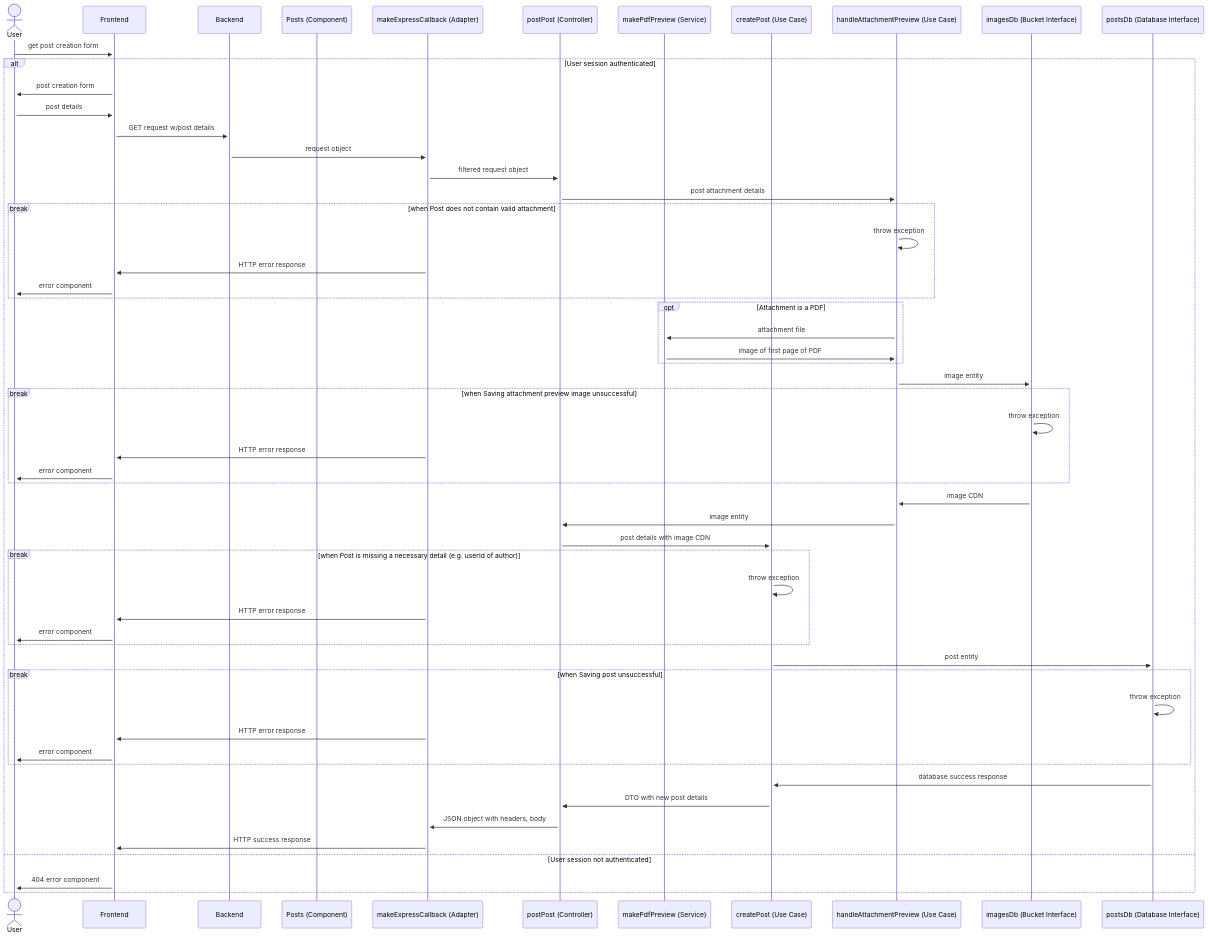
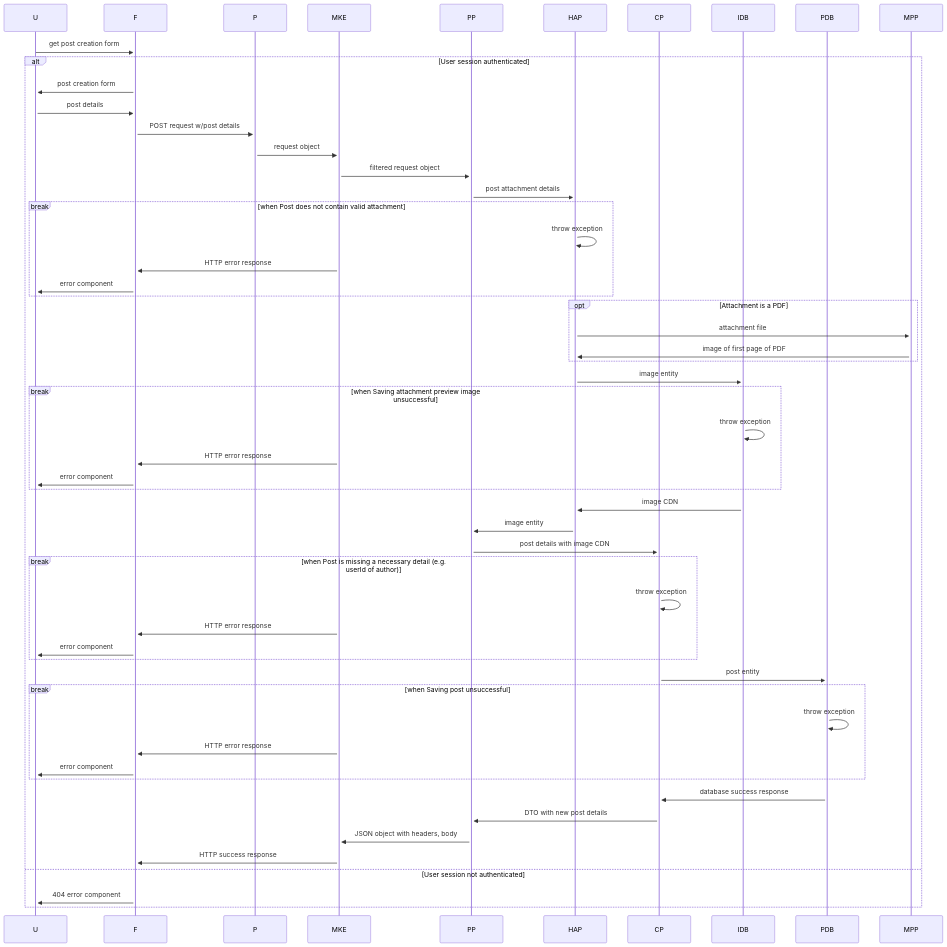
One commit to maryamkhan14/cv-circle changed the diagram in DOCUMENTATION.md. Above: the diagram before and after it, drawn with Mermaid. The commit also changed other lines of this file, not shown here.

Commit message:
Added abbreviations to make sequence diagram more readable and fixed small errors in diagram

````diff
--- a/DOCUMENTATION.md
+++ b/DOCUMENTATION.md
@@ -11,60 +26,59 @@
 ```mermaid
 sequenceDiagram
-    actor User
-    participant Frontend
-    participant Backend
-    participant Posts (Component)
-    participant makeExpressCallback (Adapter)
-    participant postPost (Controller)
-    participant makePdfPreview (Service)
-    participant createPost (Use Case)
-    participant handleAttachmentPreview (Use Case)
-    participant imagesDb (Bucket Interface)
-    participant postsDb (Database Interface)
-    User->>+Frontend: get post creation form
+    participant U
+    participant F
+    participant P
+    participant MKE
+    participant PP
+    participant HAP
+    participant CP
+    participant IDB
+    participant PDB
+    participant MPP
+    U->>+F: get post creation form
     alt User session authenticated
-        Frontend->>+User: post creation form
-        User->>Frontend: post details
-        Frontend->>+Backend: GET request w/post details
-        Backend->>+makeExpressCallback (Adapter): request object
-        makeExpressCallback (Adapter)->>+postPost (Controller): filtered request object
-        postPost (Controller)->>+handleAttachmentPreview (Use Case): post attachment details
+        F->>+U: post creation form
+        U->>F: post details
+        F->>+P: POST request w/post details
+        P->>+MKE: request object
+        MKE->>+PP: filtered request object
+        PP->>+HAP: post attachment details
 
         break when Post does not contain valid attachment
-            handleAttachmentPreview (Use Case)->>handleAttachmentPreview (Use Case): throw exception
-            makeExpressCallback (Adapter)->>Frontend: HTTP error response
-            Frontend->>User: error component
+            HAP->>HAP: throw exception
+            MKE->>F: HTTP error response
+            F->>U: error component
         end
         opt Attachment is a PDF
-            handleAttachmentPreview (Use Case)->>+makePdfPreview (Service): attachment file
-            makePdfPreview (Service)->>handleAttachmentPreview (Use Case): image of first page of PDF
+            HAP->>+MPP: attachment file
+            MPP->>HAP: image of first page of PDF
         end
-        handleAttachmentPreview (Use Case)->>+imagesDb (Bucket Interface): image entity
+        HAP->>+IDB: image entity
         break when Saving attachment preview image unsuccessful
-            imagesDb (Bucket Interface)->>imagesDb (Bucket Interface): throw exception
-            makeExpressCallback (Adapter)->>Frontend: HTTP error response
-            Frontend->>User: error component
+            IDB->>IDB: throw exception
+            MKE->>F: HTTP error response
+            F->>U: error component
         end
-        imagesDb (Bucket Interface)->>handleAttachmentPreview (Use Case): image CDN
-        handleAttachmentPreview (Use Case)->>postPost (Controller): image entity
-        postPost (Controller)->>+createPost (Use Case): post details with image CDN
+        IDB->>HAP: image CDN
+        HAP->>PP: image entity
+        PP->>+CP: post details with image CDN
         break when Post is missing a necessary detail (e.g. userId of author)
-            createPost (Use Case)->>createPost (Use Case): throw exception
-            makeExpressCallback (Adapter)->>Frontend: HTTP error response
-            Frontend->>User: error component
+            CP->>CP: throw exception
+            MKE->>F: HTTP error response
+            F->>U: error component
         end
-        createPost (Use Case)->>+postsDb (Database Interface): post entity
+        CP->>+PDB: post entity
         break when Saving post unsuccessful
-            postsDb (Database Interface)->>postsDb (Database Interface): throw exception
-            makeExpressCallback (Adapter)->>Frontend: HTTP error response
-            Frontend->>User: error component
+            PDB->>PDB: throw exception
+            MKE->>F: HTTP error response
+            F->>U: error component
         end
-        postsDb (Database Interface)->>createPost (Use Case): database success response
-        createPost (Use Case)->>postPost (Controller): DTO with new post details
-        postPost (Controller)->>makeExpressCallback (Adapter): JSON object with headers, body
-        makeExpressCallback (Adapter)->>Frontend: HTTP success response
+        PDB->>CP: database success response
+        CP->>PP: DTO with new post details
+        PP->>MKE: JSON object with headers, body
+        MKE->>F: HTTP success response
 
     else User session not authenticated
-        Frontend->>+User: 404 error component
+        F->>+U: 404 error component
     end
 ```
````
